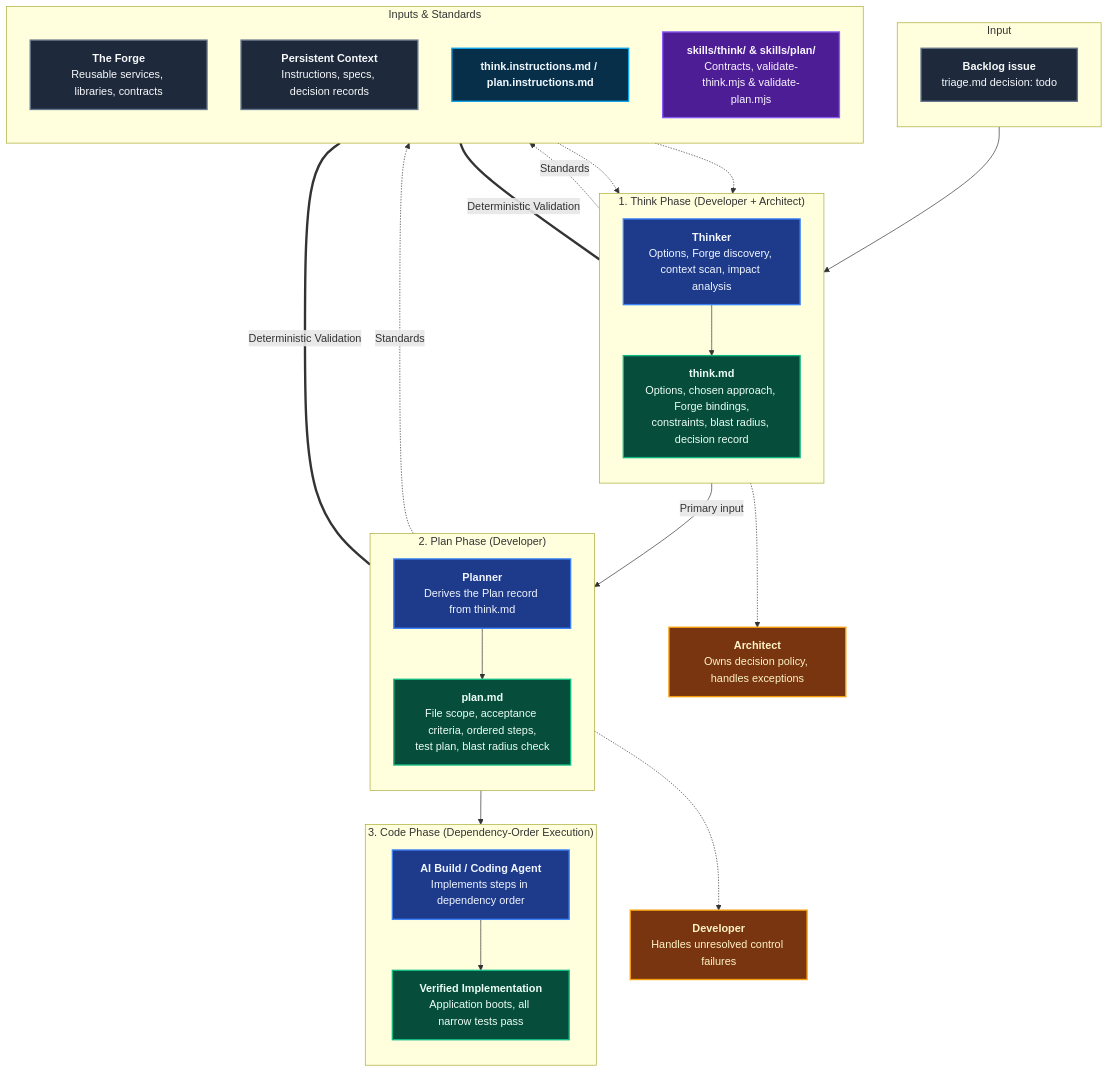
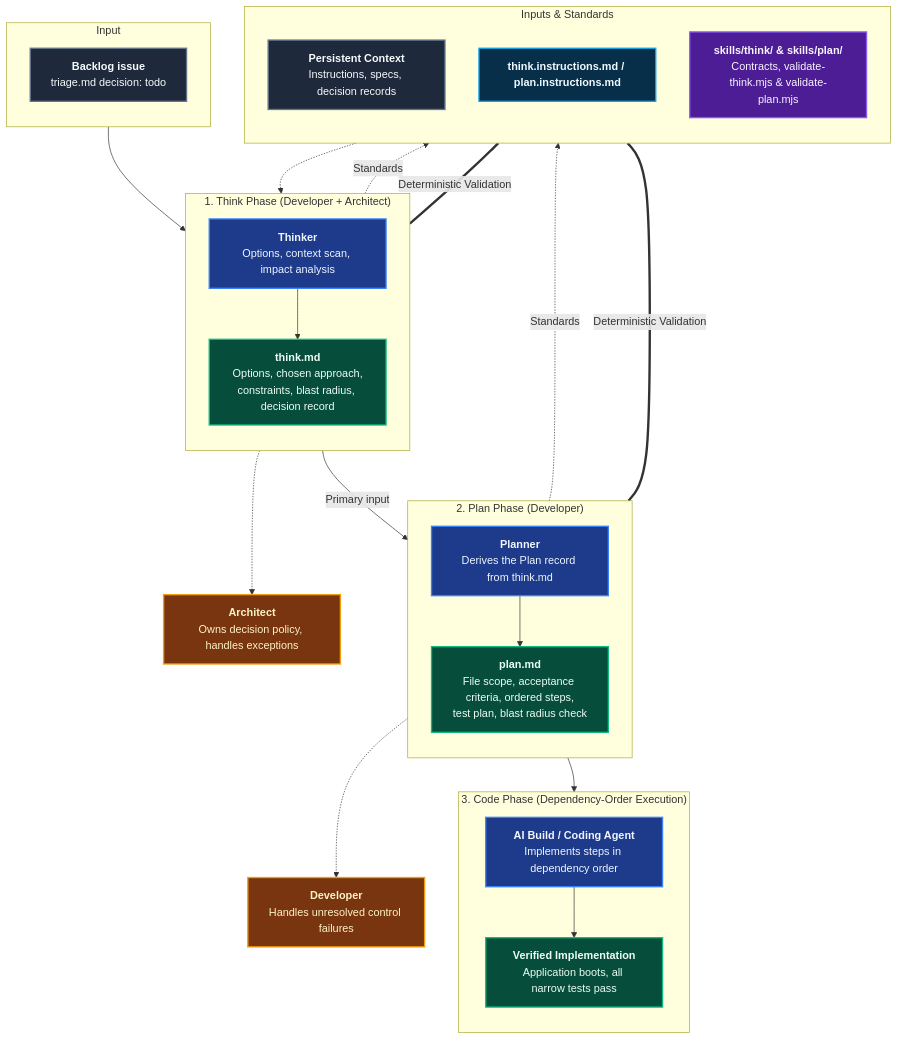
The first of 2 diagrams in website/docs/guide/domain-think-plan.md (ALTEN-group/coding-pal), drawn with Mermaid before and after one commit. The commit also changed other lines of this file and 49 other files, not shown here.

````diff
--- a/website/docs/guide/domain-think-plan.md
+++ b/website/docs/guide/domain-think-plan.md
@@ -11,68 +11,66 @@
 ```mermaid
 ---
 caption: Backlog Issue to Specifications (Triage -> Think -> Plan -> Code)
 ---
 flowchart TD
     subgraph Phase0 ["Input"]
         direction TB
         TRI["<b>Backlog issue</b><br/>triage.md decision: todo"]
     end
 
     subgraph Phase1 ["1. Think Phase (Developer + Architect)"]
         direction TB
-        AG_THINK["<b>Thinker</b><br/>Options, Forge discovery, context scan, impact analysis"]
-        THINK_DOC["<b>think.md</b><br/>Options, chosen approach, Forge bindings,<br/>constraints, blast radius, decision record"]
+        AG_THINK["<b>Thinker</b><br/>Options, context scan, impact analysis"]
+        THINK_DOC["<b>think.md</b><br/>Options, chosen approach,<br/>constraints, blast radius, decision record"]
         AG_THINK --> THINK_DOC
     end
 
     subgraph Phase2 ["2. Plan Phase (Developer)"]
         direction TB
         AG_PLAN["<b>Planner</b><br/>Derives the Plan record from think.md"]
         PLAN_DOC["<b>plan.md</b><br/>File scope, acceptance criteria, ordered steps,<br/>test plan, blast radius check"]
         AG_PLAN --> PLAN_DOC
     end
 
     subgraph Phase3 ["3. Code Phase (Dependency-Order Execution)"]
         direction TB
         BUILD_AG["<b>AI Build / Coding Agent</b><br/>Implements steps in dependency order"]
         DONE["<b>Verified Implementation</b><br/>Application boots, all narrow tests pass"]
         BUILD_AG --> DONE
     end
 
     subgraph Context ["Inputs & Standards"]
         direction TB
-        FORGE["<b>The Forge</b><br/>Reusable services, libraries, contracts"]
         PC["<b>Persistent Context</b><br/>Instructions, specs, decision records"]
         INST_SPEC["<b>think.instructions.md / plan.instructions.md</b>"]
         SKILL_SPEC["<b>skills/think/ &amp; skills/plan/</b><br/>Contracts, validate-think.mjs &amp; validate-plan.mjs"]
     end
 
     ARCH["<b>Architect</b><br/>Owns decision policy, handles exceptions"]
     DEV["<b>Developer</b><br/>Handles unresolved control failures"]
 
     TRI --> AG_THINK
     THINK_DOC -->|"Primary input"| AG_PLAN
     PLAN_DOC --> BUILD_AG
     THINK_DOC -.-> ARCH
     PLAN_DOC -.-> DEV
-    FORGE -.-> AG_THINK
     PC -.-> AG_THINK
     AG_THINK -.->|Standards| INST_SPEC
     AG_PLAN -.->|Standards| INST_SPEC
     THINK_DOC ===|Deterministic Validation| SKILL_SPEC
     PLAN_DOC ===|Deterministic Validation| SKILL_SPEC
 
     classDef stage fill:#1e3a8a,stroke:#3b82f6,stroke-width:2px,color:#eff6ff;
     classDef instruction fill:#082f49,stroke:#0ea5e9,stroke-width:2px,color:#f0f9ff;
     classDef skill fill:#4c1d95,stroke:#8b5cf6,stroke-width:2px,color:#faf5ff;
     classDef artifact fill:#064e3b,stroke:#10b981,stroke-width:2px,color:#ecfdf5;
     classDef input fill:#1e293b,stroke:#64748b,stroke-width:2px,color:#f8fafc;
     classDef human fill:#78350f,stroke:#f59e0b,stroke-width:2px,color:#fef3c7;
 
-    class TRI,FORGE,PC input;
+    class TRI,PC input;
     class AG_THINK,AG_PLAN,BUILD_AG stage;
     class INST_SPEC instruction;
     class SKILL_SPEC skill;
     class THINK_DOC,PLAN_DOC,DONE artifact;
     class ARCH,DEV human;
 ```
````
